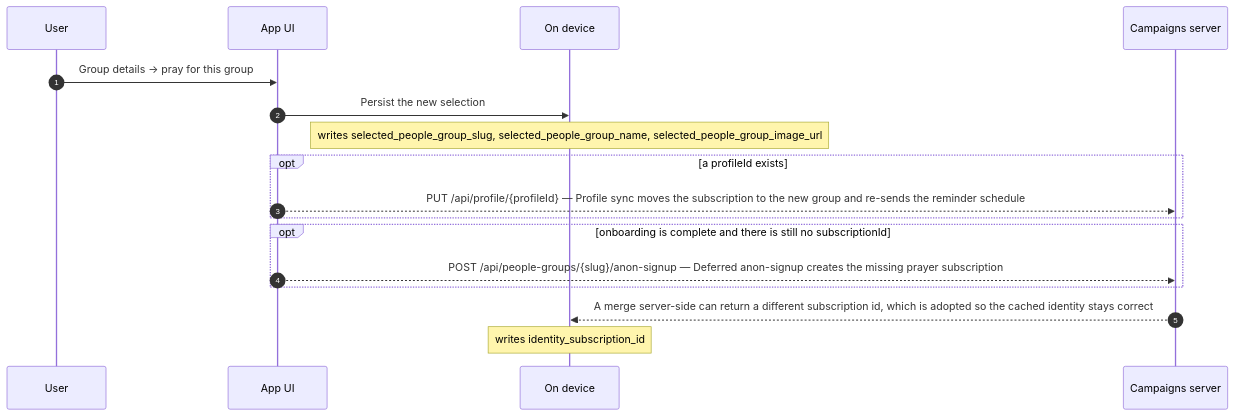
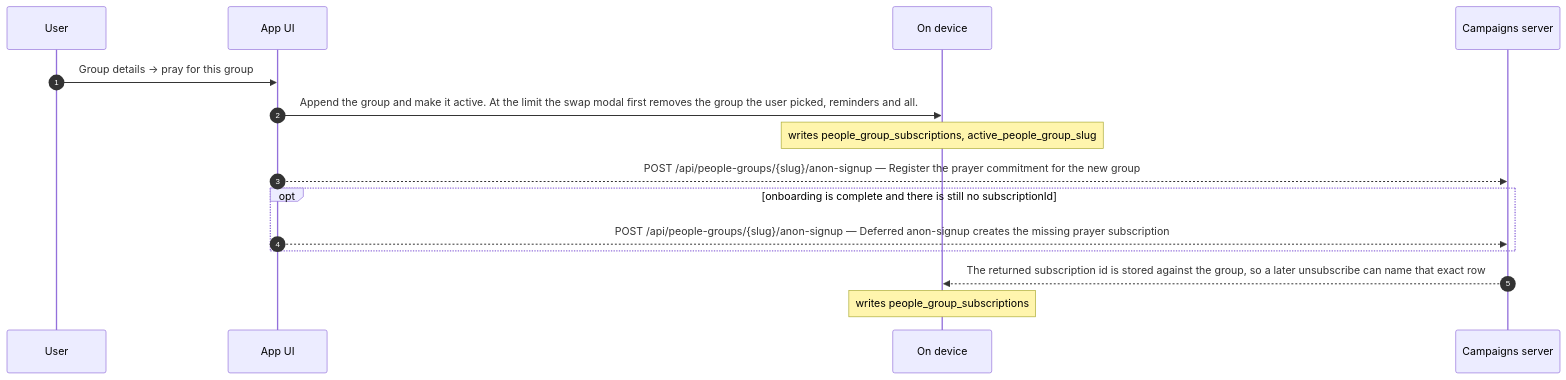
One commit to doxa-life/doxa-prayer-mobile-app changed diagram 13 of 26 in docs/architecture/actions.md. Above: the diagram before and after it, drawn with Mermaid. The commit also changed other lines of this file and 67 other files, not shown here.

Commit message:
feat: ability to choose 5 people groups

````diff
--- a/docs/architecture/actions.md
+++ b/docs/architecture/actions.md
@@ -431,19 +434,17 @@
 ```mermaid
 sequenceDiagram
     autonumber
     participant U as User
     participant UI as App UI
     participant L as On device
     participant S as Campaigns server
     U->>UI: Group details → pray for this group
-    UI->>L: Persist the new selection
-    Note over L: writes selected_people_group_slug, selected_people_group_name, selected_people_group_image_url
-    opt a profileId exists
-        UI-->>S: PUT /api/profile/{profileId} — Profile sync moves the subscription to the new group and re-sends the reminder schedule
-    end
+    UI->>L: Append the group and make it active. At the limit the swap modal first removes the group the user picked, reminders and all.
+    Note over L: writes people_group_subscriptions, active_people_group_slug
+    UI-->>S: POST /api/people-groups/{slug}/anon-signup — Register the prayer commitment for the new group
     opt onboarding is complete and there is still no subscriptionId
         UI-->>S: POST /api/people-groups/{slug}/anon-signup — Deferred anon-signup creates the missing prayer subscription
     end
-    S-->>L: A merge server-side can return a different subscription id, which is adopted so the cached identity stays correct
-    Note over L: writes identity_subscription_id
+    S-->>L: The returned subscription id is stored against the group, so a later unsubscribe can name that exact row
+    Note over L: writes people_group_subscriptions
 ```
````
